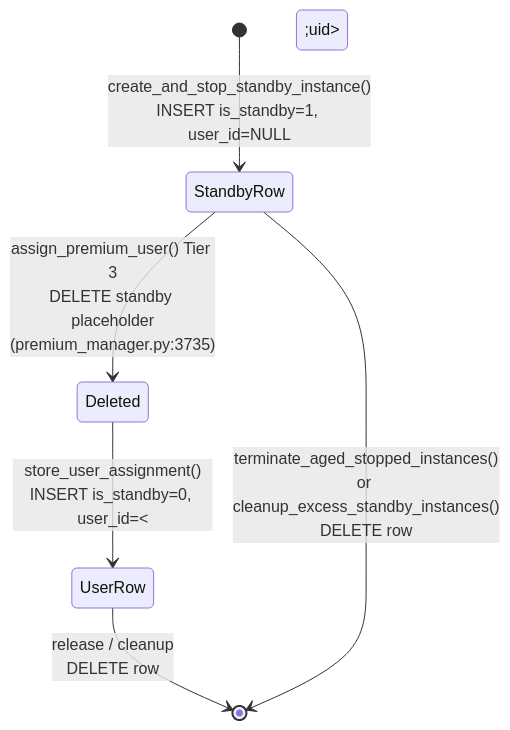
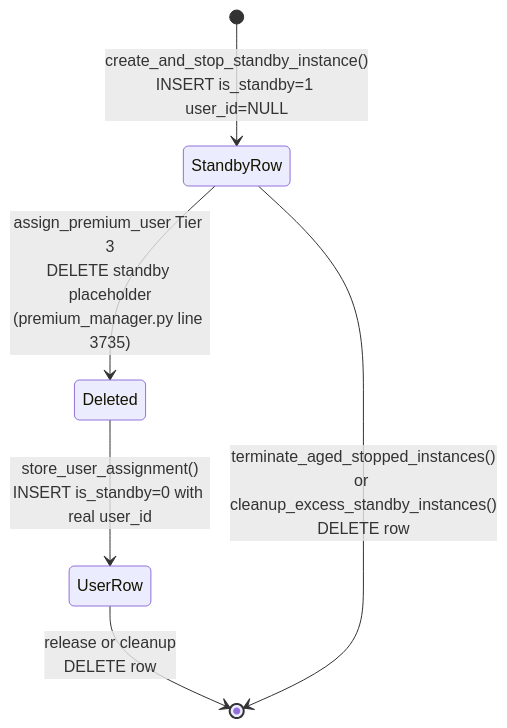
One commit to arayabrain/araya-optinist changed the first of 6 diagrams in infrastructure/documentation/PREMIUM_USER_ASSIGNMENT.md. Above: the diagram before and after it, drawn with Mermaid. The commit also changed other lines of this file, not shown here.

Commit message:
Update premium instance assignment docs: - Step 2: Standby Pool overview

````diff
--- a/infrastructure/documentation/PREMIUM_USER_ASSIGNMENT.md
+++ b/infrastructure/documentation/PREMIUM_USER_ASSIGNMENT.md
@@ -112,8 +117,8 @@
 ```mermaid
 stateDiagram-v2
-    [*] --> StandbyRow: create_and_stop_standby_instance()<br/>INSERT is_standby=1, user_id=NULL
-    StandbyRow --> Deleted: assign_premium_user() Tier 3<br/>DELETE standby placeholder<br/>(premium_manager.py:3735)
-    Deleted --> UserRow: store_user_assignment()<br/>INSERT is_standby=0, user_id=&lt;uid&gt;
-    UserRow --> [*]: release / cleanup<br/>DELETE row
+    [*] --> StandbyRow: create_and_stop_standby_instance()<br/>INSERT is_standby=1 user_id=NULL
+    StandbyRow --> Deleted: assign_premium_user Tier 3<br/>DELETE standby placeholder<br/>(premium_manager.py line 3735)
+    Deleted --> UserRow: store_user_assignment()<br/>INSERT is_standby=0 with real user_id
+    UserRow --> [*]: release or cleanup<br/>DELETE row
     StandbyRow --> [*]: terminate_aged_stopped_instances()<br/>or cleanup_excess_standby_instances()<br/>DELETE row
 ```
````
